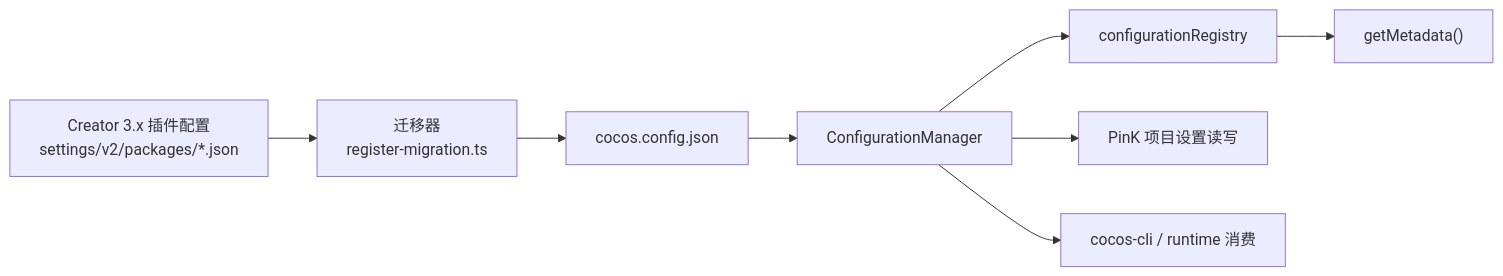
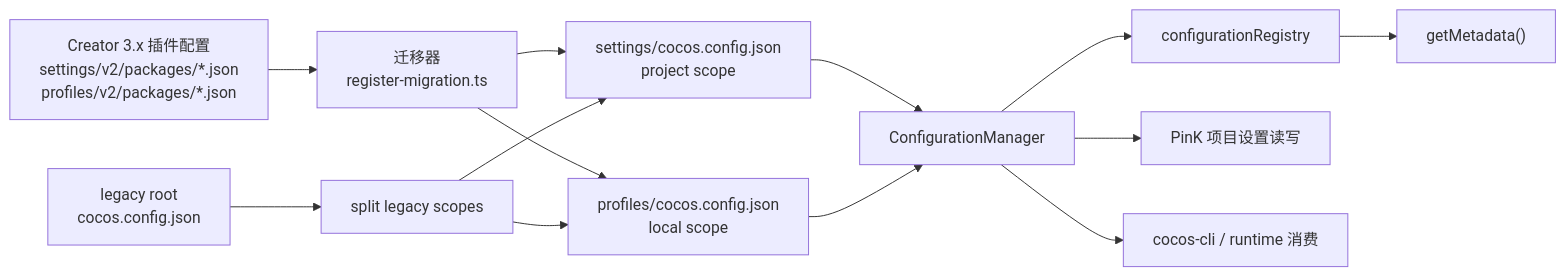
Before and after one commit to Changdw/cocos-cli: the diagram in docs/dev/creator-config-migration-design.md, drawn with Mermaid. The commit also changed other lines of this file and 40 other files, not shown here.

Commit message:
[break] refactor(config): split config into project (settings/) and local (profiles/) scopes (#774)

````diff
--- a/docs/dev/creator-config-migration-design.md
+++ b/docs/dev/creator-config-migration-design.md
@@ -18,10 +18,15 @@
 ```mermaid
 flowchart LR
-    A["Creator 3.x 插件配置<br/>settings/v2/packages/*.json"] --> B["迁移器<br/>register-migration.ts"]
-    B --> C["cocos.config.json"]
-    C --> D["ConfigurationManager"]
-    D --> E["configurationRegistry"]
-    E --> F["getMetadata()"]
-    D --> G["PinK 项目设置读写"]
-    D --> H["cocos-cli / runtime 消费"]
+    A["Creator 3.x 插件配置<br/>settings/v2/packages/*.json<br/>profiles/v2/packages/*.json"] --> B["迁移器<br/>register-migration.ts"]
+    L["legacy root<br/>cocos.config.json"] --> M["split legacy scopes"]
+    B --> C["settings/cocos.config.json<br/>project scope"]
+    B --> D["profiles/cocos.config.json<br/>local scope"]
+    M --> C
+    M --> D
+    C --> E["ConfigurationManager"]
+    D --> E
+    E --> F["configurationRegistry"]
+    F --> G["getMetadata()"]
+    E --> H["PinK 项目设置读写"]
+    E --> I["cocos-cli / runtime 消费"]
 ```
````
